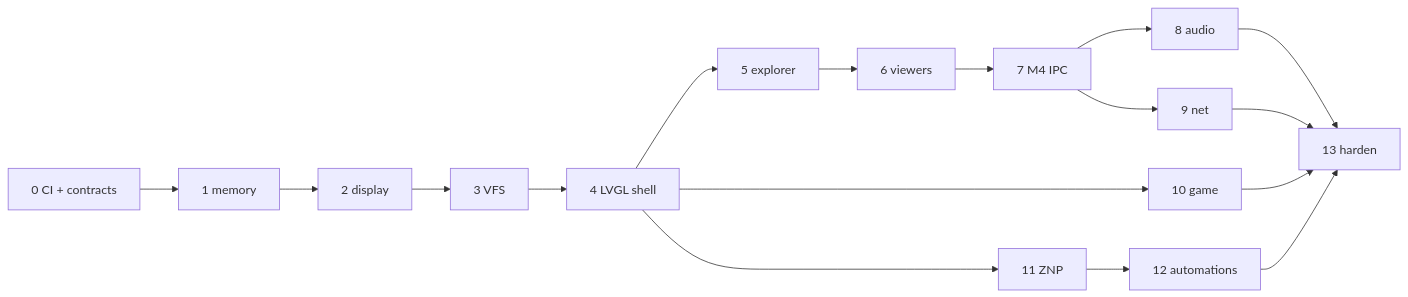
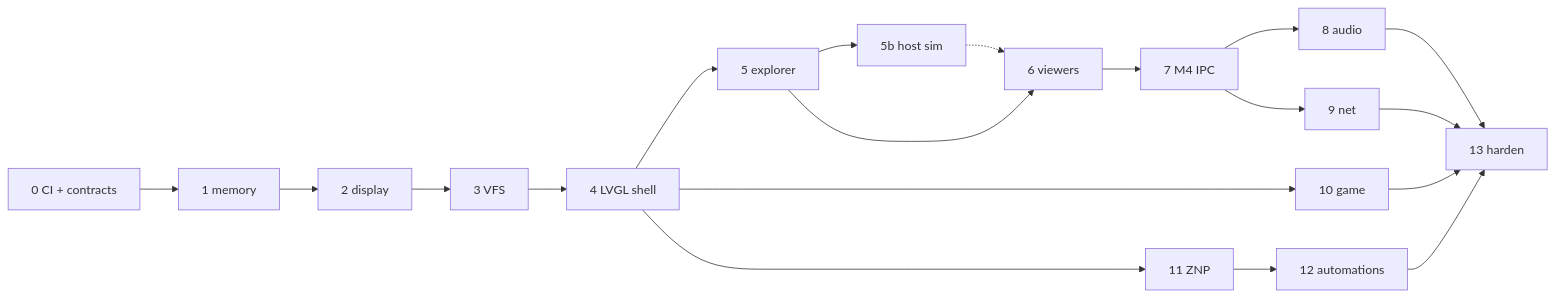
One commit to vanbuong/stm32h745-disco changed the first of 2 diagrams in doc/Plan.md. Above: the diagram before and after it, drawn with Mermaid. The commit also changed other lines of this file and 4 other files, not shown here.

````diff
--- a/doc/Plan.md
+++ b/doc/Plan.md
@@ -55,19 +56,21 @@
 ```mermaid
 flowchart LR
   S0[0 CI + contracts] --> S1[1 memory]
   S1 --> S2[2 display]
   S2 --> S3[3 VFS]
   S3 --> S4[4 LVGL shell]
   S4 --> S5[5 explorer]
+  S5 --> S5b[5b host sim]
   S5 --> S6[6 viewers]
+  S5b -.-> S6
   S4 --> S10[10 game]
   S6 --> S7[7 M4 IPC]
   S7 --> S8[8 audio]
   S7 --> S9[9 net]
   S4 --> S11[11 ZNP]
   S11 --> S12[12 automations]
   S8 --> S13[13 harden]
   S10 --> S13
   S12 --> S13
   S9 --> S13
 ```
````
